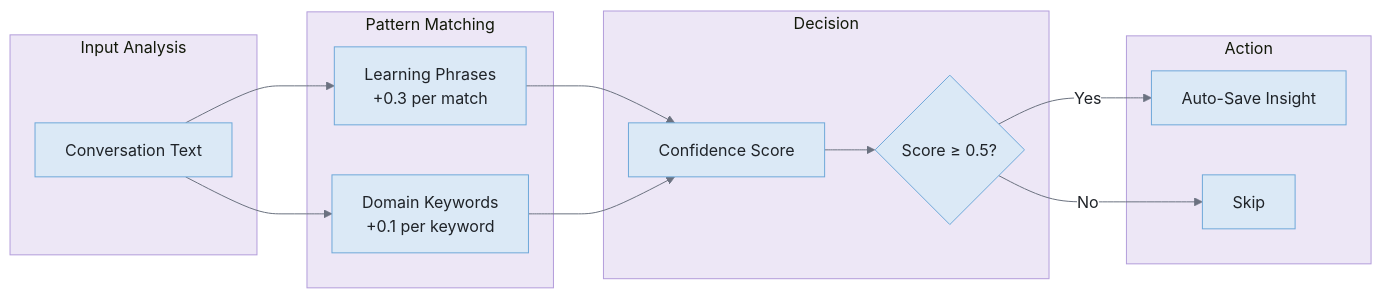
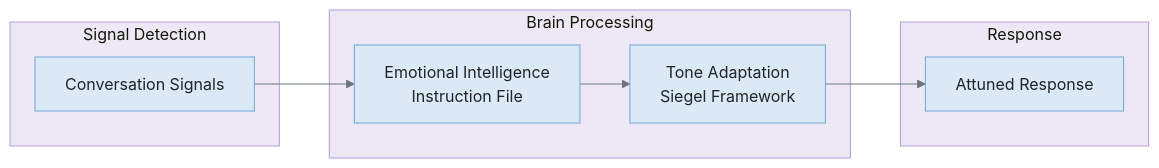
One commit to fabioc-aloha/Alex_Plug_In changed the third of 6 diagrams in alex_docs/architecture/UNCONSCIOUS-MIND.md. Above: the diagram before and after it, drawn with Mermaid. The commit also changed other lines of this file and 72 other files, not shown here.

First line of the commit message:
Agent-only architecture: remove participant mode, dead code cleanup, docs audit

````diff
--- a/alex_docs/architecture/UNCONSCIOUS-MIND.md
+++ b/alex_docs/architecture/UNCONSCIOUS-MIND.md
@@ -145,30 +144,20 @@
 ```mermaid
 %%{init: {'theme': 'base', 'themeVariables': {'background': '#f8f9fa', 'primaryColor': '#dbe9f6', 'primaryTextColor': '#1f2328', 'primaryBorderColor': '#6ea8d9', 'lineColor': '#6b7280', 'secondaryColor': '#d1f5ef', 'secondaryBorderColor': '#5ab5a0', 'tertiaryColor': '#ede7f6', 'tertiaryBorderColor': '#b39ddb', 'edgeLabelBackground': '#ffffff', 'fontFamily': 'Segoe UI, system-ui, sans-serif'}}}%%
 graph LR
-    subgraph "Input Analysis"
-        TEXT[Conversation Text]
+    subgraph "Signal Detection"
+        TEXT[Conversation Signals]
     end
 
-    subgraph "Pattern Matching"
-        P1[Learning Phrases<br/>+0.3 per match]
-        P2[Domain Keywords<br/>+0.1 per keyword]
+    subgraph "Brain Processing"
+        EI[Emotional Intelligence<br/>Instruction File]
+        ADAPT[Tone Adaptation<br/>Siegel Framework]
     end
 
-    subgraph "Decision"
-        SCORE[Confidence Score]
-        THRESH{Score ≥ 0.5?}
+    subgraph "Response"
+        ATTUNE[Attuned Response]
     end
 
-    subgraph "Action"
-        SAVE[Auto-Save Insight]
-        SKIP[Skip]
-    end
-
-    TEXT --> P1
-    TEXT --> P2
-    P1 --> SCORE
-    P2 --> SCORE
-    SCORE --> THRESH
-    THRESH -->|Yes| SAVE
-    THRESH -->|No| SKIP
+    TEXT --> EI
+    EI --> ADAPT
+    ADAPT --> ATTUNE
 ```
````
